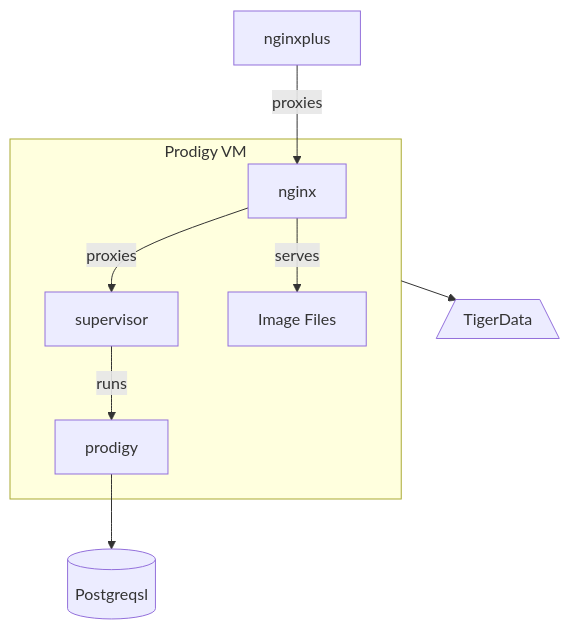
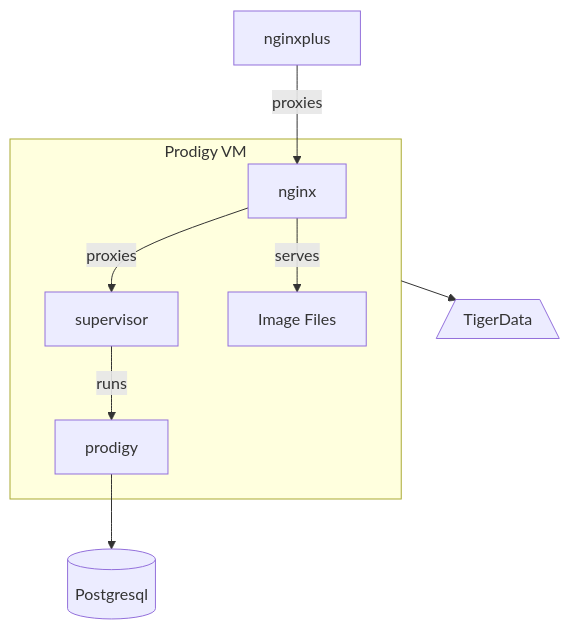
One commit to Princeton-CDH/cdh-ansible changed the diagram in docs/applications/prodigy.md. Above: the diagram before and after it, drawn with Mermaid. The commit also changed other lines of this file, not shown here.

Commit message:
Fix typo in diagram

````diff
--- a/docs/applications/prodigy.md
+++ b/docs/applications/prodigy.md
@@ -11,11 +12,11 @@
 ```mermaid
 flowchart TD
     nginxplus -- proxies --> nginx
     subgraph prodigyvm [Prodigy VM]
      nginx -- proxies --> supervisor
      supervisor -- runs --> prodigy
      nginx -- serves --> images[Image Files]
     end
     prodigyvm --> tigerdata[/TigerData\]
-    prodigy --> db[(Postgreqsl)]
+    prodigy --> db[(Postgresql)]
 ```
````
